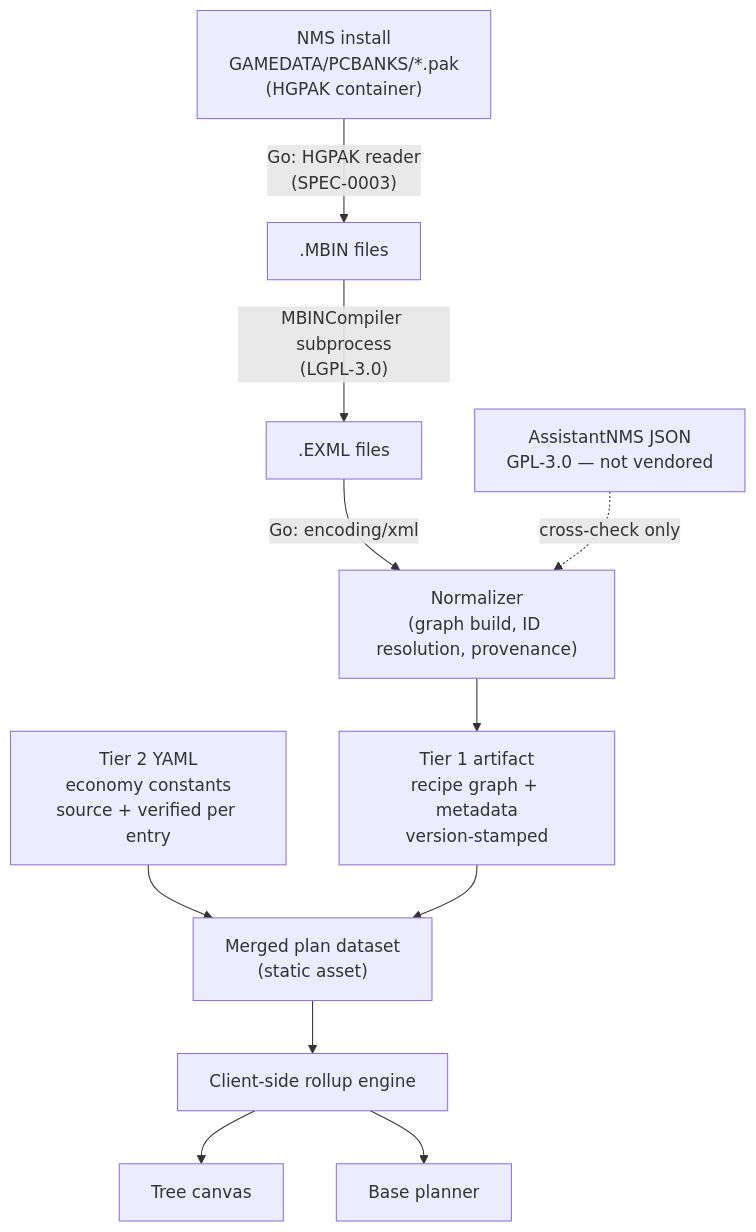
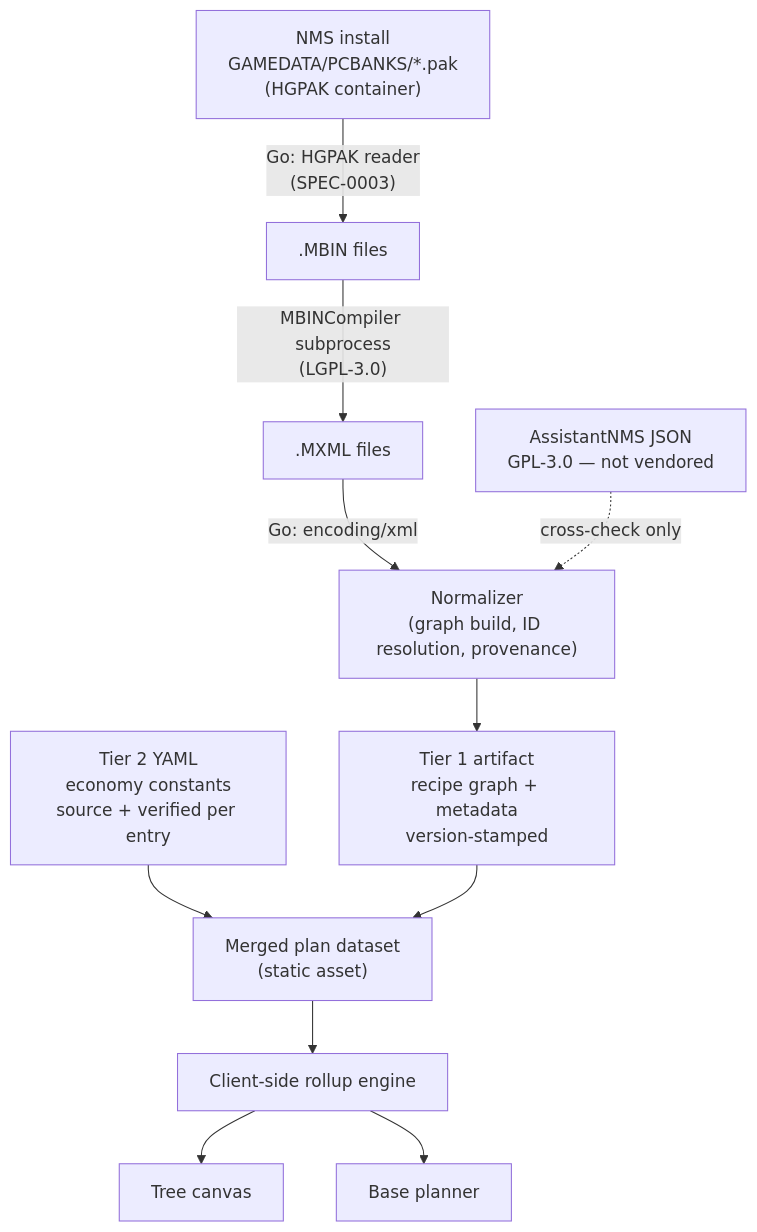
One commit to jonstump/nms-base-planner changed the diagram in docs/adrs/ADR-0001-two-tier-nms-data-ingestion.md. Above: the diagram before and after it, drawn with Mermaid. The commit also changed other lines of this file and 2 other files, not shown here.

First line of the commit message:
docs: correct the Stasis Device root ID, MXML extension, and build provenance (#16)

````diff
--- a/docs/adrs/ADR-0001-two-tier-nms-data-ingestion.md
+++ b/docs/adrs/ADR-0001-two-tier-nms-data-ingestion.md
@@ -111,13 +120,13 @@
 ```mermaid
 graph TD
     A["NMS install<br/>GAMEDATA/PCBANKS/*.pak<br/>(HGPAK container)"] -->|"Go: HGPAK reader<br/>(SPEC-0003)"| B[".MBIN files"]
-    B -->|"MBINCompiler subprocess<br/>(LGPL-3.0)"| C[".EXML files"]
+    B -->|"MBINCompiler subprocess<br/>(LGPL-3.0)"| C[".MXML files"]
     C -->|"Go: encoding/xml"| D["Normalizer<br/>(graph build, ID resolution, provenance)"]
     D --> E["Tier 1 artifact<br/>recipe graph + metadata<br/>version-stamped"]
     F["Tier 2 YAML<br/>economy constants<br/>source + verified per entry"] --> G
     E --> G["Merged plan dataset<br/>(static asset)"]
     G --> H["Client-side rollup engine"]
     H --> I["Tree canvas"]
     H --> J["Base planner"]
     K["AssistantNMS JSON<br/>GPL-3.0 — not vendored"] -.->|cross-check only| D
 ```
````
